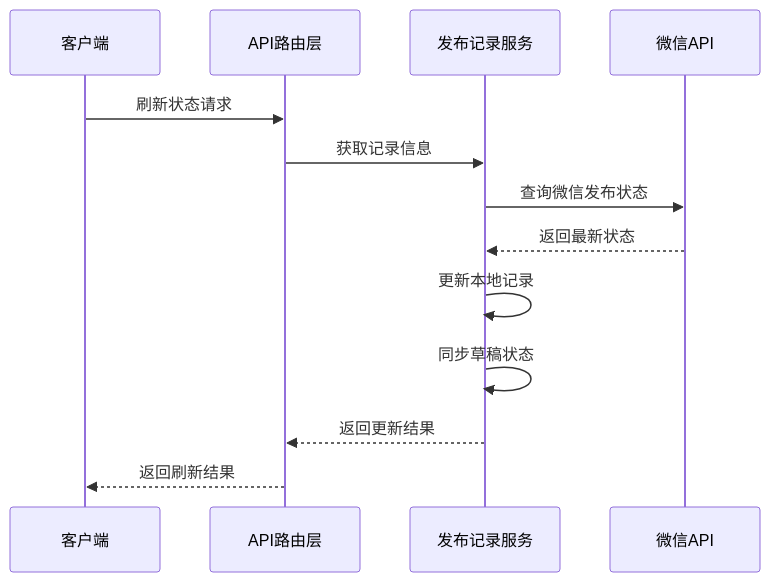
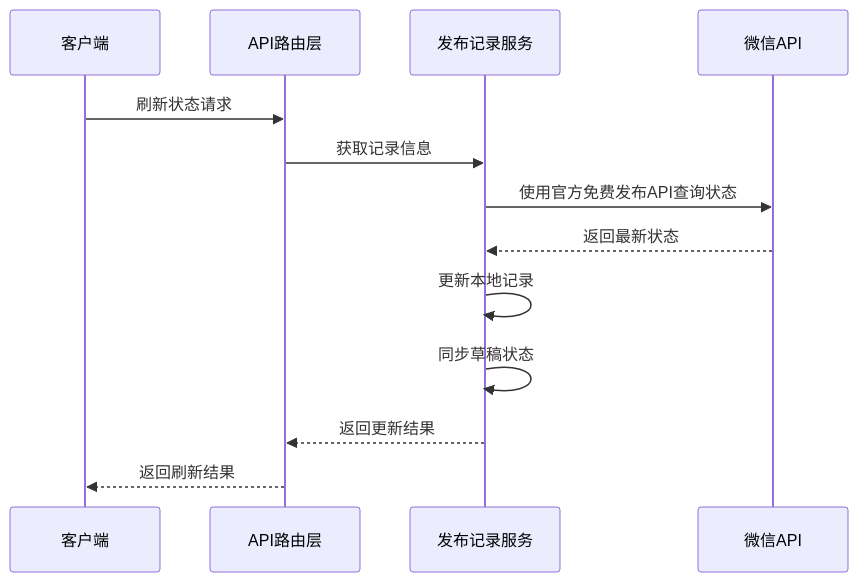
One commit to sansansansansan2022-web/hotclaw changed the tenth of 11 diagrams in .qoder/repowiki/zh/content/后端开发/API接口设计/微信API接口.md. Above: the diagram before and after it, drawn with Mermaid. The commit also changed other lines of this file and 860 other files, not shown here.

````diff
--- a/.qoder/repowiki/zh/content/后端开发/API接口设计/微信API接口.md
+++ b/.qoder/repowiki/zh/content/后端开发/API接口设计/微信API接口.md
@@ -404,15 +436,15 @@
 ```mermaid
 sequenceDiagram
 participant Client as 客户端
 participant API as API路由层
 participant Service as 发布记录服务
 participant WeChat as 微信API
 Client->>API : 刷新状态请求
 API->>Service : 获取记录信息
-Service->>WeChat : 查询微信发布状态
+Service->>WeChat : 使用官方免费发布API查询状态
 WeChat-->>Service : 返回最新状态
 Service->>Service : 更新本地记录
 Service->>Service : 同步草稿状态
 Service-->>API : 返回更新结果
 API-->>Client : 返回刷新结果
 ```
````
